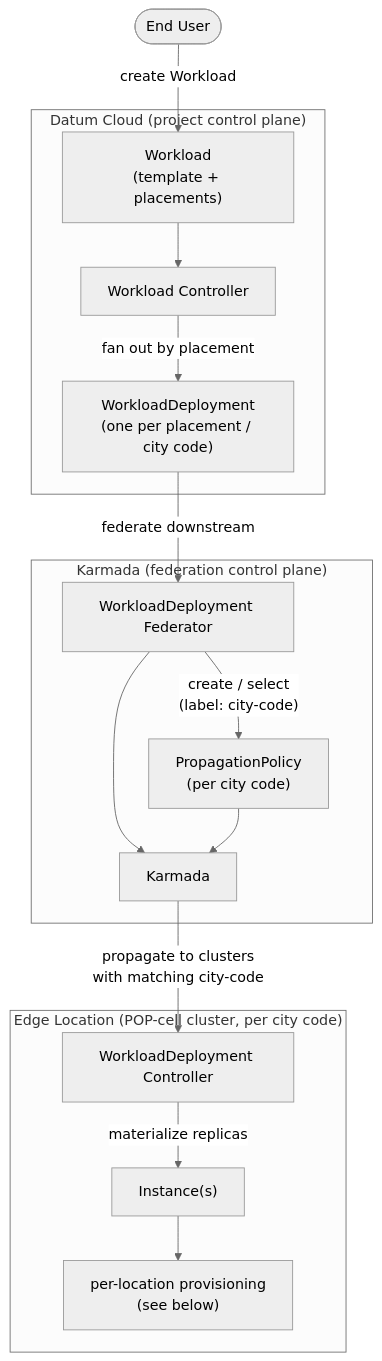
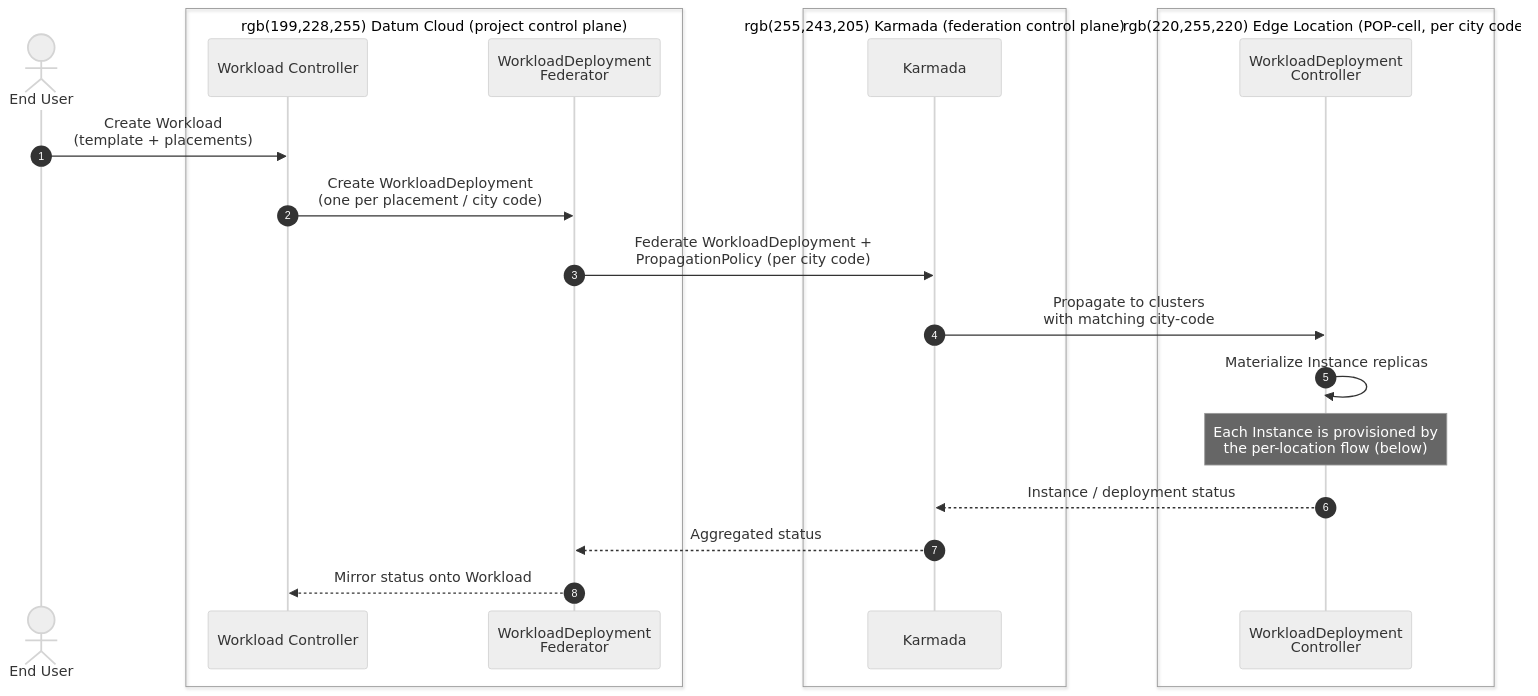
The first of 4 diagrams in docs/enhancements/instance-provisioning.md (datum-cloud/unikraft-provider), drawn with Mermaid (neutral theme) before and after one commit. The commit also changed other lines of this file, not shown here.

First line of the commit message:
docs: use sequence diagrams for architecture overview

````diff
--- a/docs/enhancements/instance-provisioning.md
+++ b/docs/enhancements/instance-provisioning.md
@@ -24,33 +24,29 @@
 ```mermaid
-flowchart TB
-    user([End User])
-
-    subgraph project["Datum Cloud (project control plane)"]
-        WL["Workload<br/>(template + placements)"]
-        WLC[Workload Controller]
-        WD["WorkloadDeployment<br/>(one per placement / city code)"]
+%%{init: {
+  "sequence": {
+    "showSequenceNumbers": true
+  }
+}}%%
+sequenceDiagram
+    actor User as End User
+    box rgb(199,228,255) Datum Cloud (project control plane)
+        participant WLC as Workload Controller
+        participant FED as WorkloadDeployment<br/>Federator
+    end
+    box rgb(255,243,205) Karmada (federation control plane)
+        participant KARMADA as Karmada
+    end
+    box rgb(220,255,220) Edge Location (POP-cell, per city code)
+        participant WDC as WorkloadDeployment<br/>Controller
     end
 
-    subgraph fed["Karmada (federation control plane)"]
-        FED[WorkloadDeployment Federator]
-        PP["PropagationPolicy<br/>(per city code)"]
-        KARMADA[Karmada]
-    end
-
-    subgraph edge["Edge Location (POP-cell cluster, per city code)"]
-        WDC[WorkloadDeployment Controller]
-        INST["Instance(s)"]
-        flow["per-location provisioning<br/>(see below)"]
-    end
-
-    user -->|"create Workload"| WL
-    WL --> WLC
-    WLC -->|"fan out by placement"| WD
-    WD -->|"federate downstream"| FED
-    FED -->|"create / select<br/>(label: city-code)"| PP
-    FED --> KARMADA
-    PP --> KARMADA
-    KARMADA -->|"propagate to clusters<br/>with matching city-code"| WDC
-    WDC -->|"materialize replicas"| INST
-    INST --> flow
+    User->>WLC: Create Workload<br/>(template + placements)
+    WLC->>FED: Create WorkloadDeployment<br/>(one per placement / city code)
+    FED->>KARMADA: Federate WorkloadDeployment +<br/>PropagationPolicy (per city code)
+    KARMADA->>WDC: Propagate to clusters<br/>with matching city-code
+    WDC->>WDC: Materialize Instance replicas
+    Note over WDC: Each Instance is provisioned by<br/>the per-location flow (below)
+    WDC-->>KARMADA: Instance / deployment status
+    KARMADA-->>FED: Aggregated status
+    FED-->>WLC: Mirror status onto Workload
 ```
````
